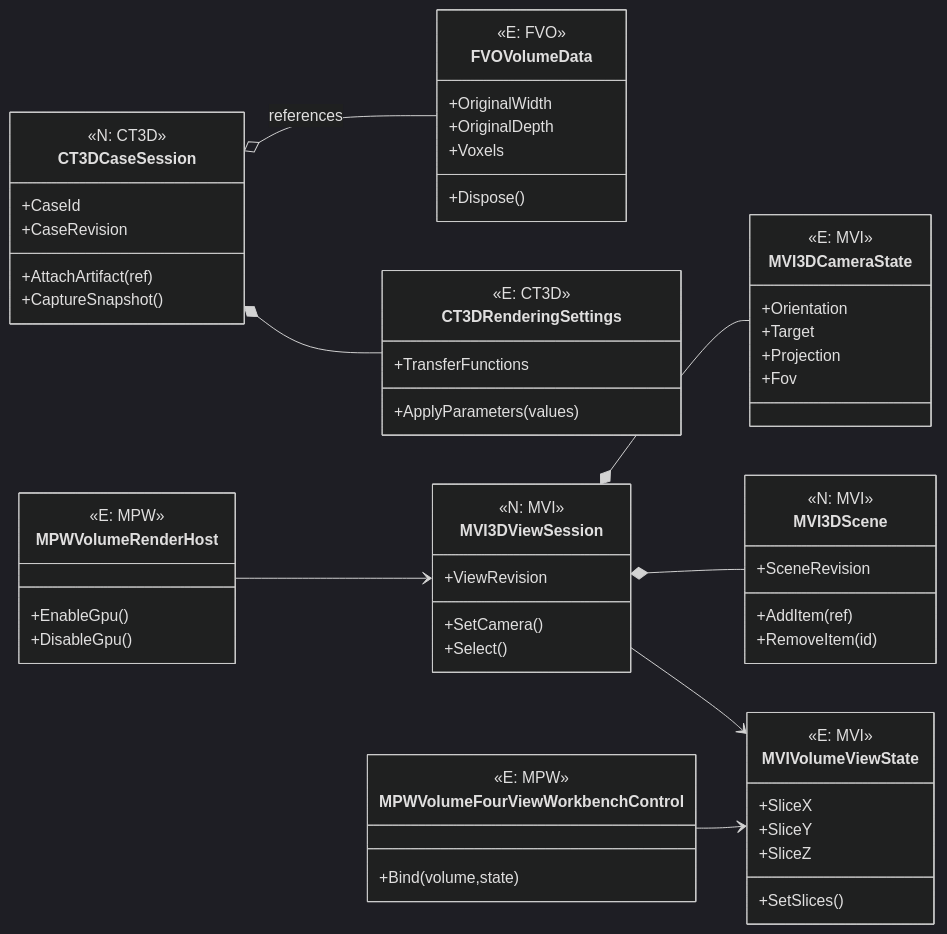
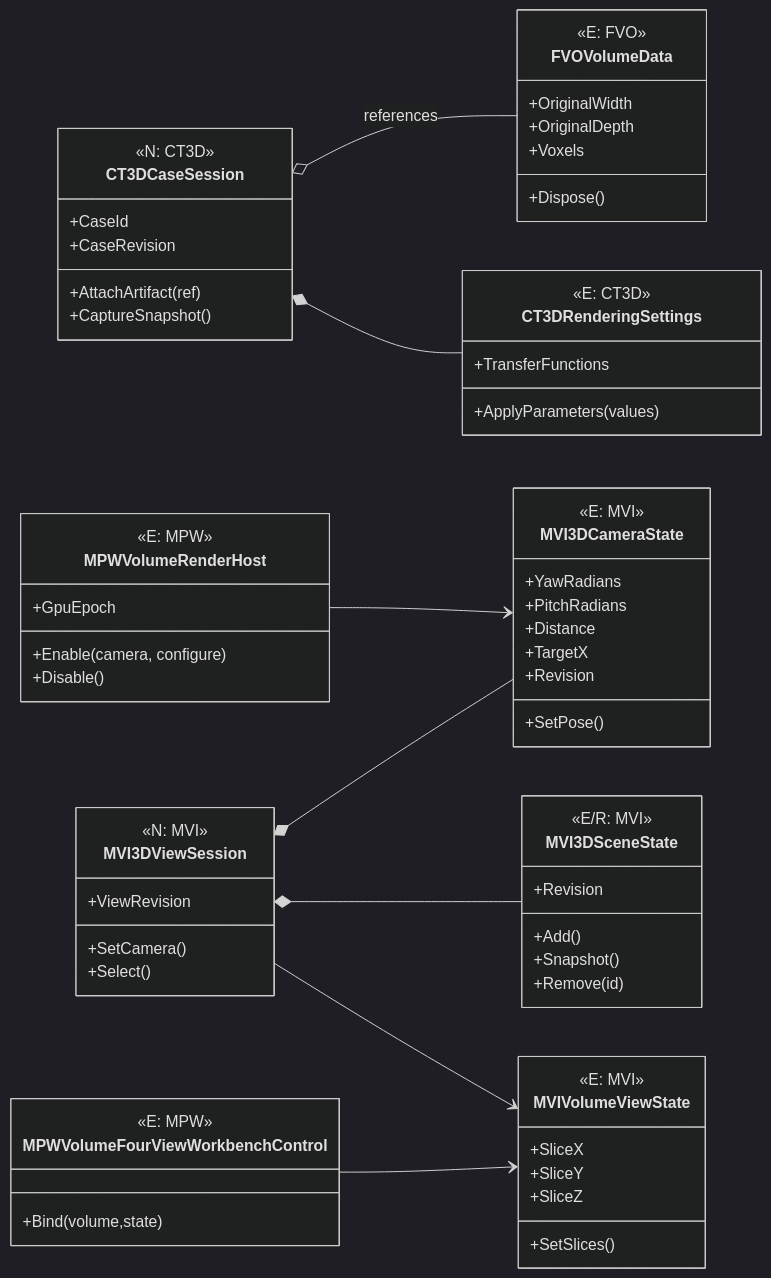
The eighth of 25 diagrams in DOCS/Architecture/CxVisual_专业视觉体系#通用三维视觉工作台——整体架构与UML_V2.0.md (oudream/cx-visual-x3), drawn with Mermaid (dark theme) before and after one commit. The commit also changed other lines of this file and 1 other file, not shown here.

````diff
--- a/DOCS/Architecture/CxVisual_专业视觉体系#通用三维视觉工作台——整体架构与UML_V2.0.md
+++ b/DOCS/Architecture/CxVisual_专业视觉体系#通用三维视觉工作台——整体架构与UML_V2.0.md
@@ -353,65 +388,69 @@
 ```mermaid
 classDiagram
   direction LR
   class FVOVolumeData {
     <<E: FVO>>
     +OriginalWidth
     +OriginalDepth
     +Voxels
     +Dispose()
   }
   class CT3DRenderingSettings {
     <<E: CT3D>>
     +TransferFunctions
     +ApplyParameters(values)
   }
   class MVIVolumeViewState {
     <<E: MVI>>
     +SliceX
     +SliceY
     +SliceZ
     +SetSlices()
   }
   class CT3DCaseSession {
     <<N: CT3D>>
     +CaseId
     +CaseRevision
     +AttachArtifact(ref)
     +CaptureSnapshot()
   }
   class MVI3DViewSession {
     <<N: MVI>>
     +ViewRevision
     +SetCamera()
     +Select()
   }
   class MVI3DCameraState {
     <<E: MVI>>
-    +Orientation
-    +Target
-    +Projection
-    +Fov
+    +YawRadians
+    +PitchRadians
+    +Distance
+    +TargetX
+    +Revision
+    +SetPose()
   }
-  class MVI3DScene {
-    <<N: MVI>>
-    +SceneRevision
-    +AddItem(ref)
-    +RemoveItem(id)
+  class MVI3DSceneState {
+    <<E/R: MVI>>
+    +Revision
+    +Add()
+    +Snapshot()
+    +Remove(id)
   }
   class MPWVolumeFourViewWorkbenchControl {
     <<E: MPW>>
     +Bind(volume,state)
   }
   class MPWVolumeRenderHost {
     <<E: MPW>>
-    +EnableGpu()
-    +DisableGpu()
+    +Enable(camera, configure)
+    +Disable()
+    +GpuEpoch
   }
   CT3DCaseSession o-- FVOVolumeData : references
   CT3DCaseSession *-- CT3DRenderingSettings
   MVI3DViewSession *-- MVI3DCameraState
-  MVI3DViewSession *-- MVI3DScene
+  MVI3DViewSession *-- MVI3DSceneState
   MVI3DViewSession --> MVIVolumeViewState
   MPWVolumeFourViewWorkbenchControl --> MVIVolumeViewState
-  MPWVolumeRenderHost --> MVI3DViewSession
+  MPWVolumeRenderHost --> MVI3DCameraState
 ```
````
